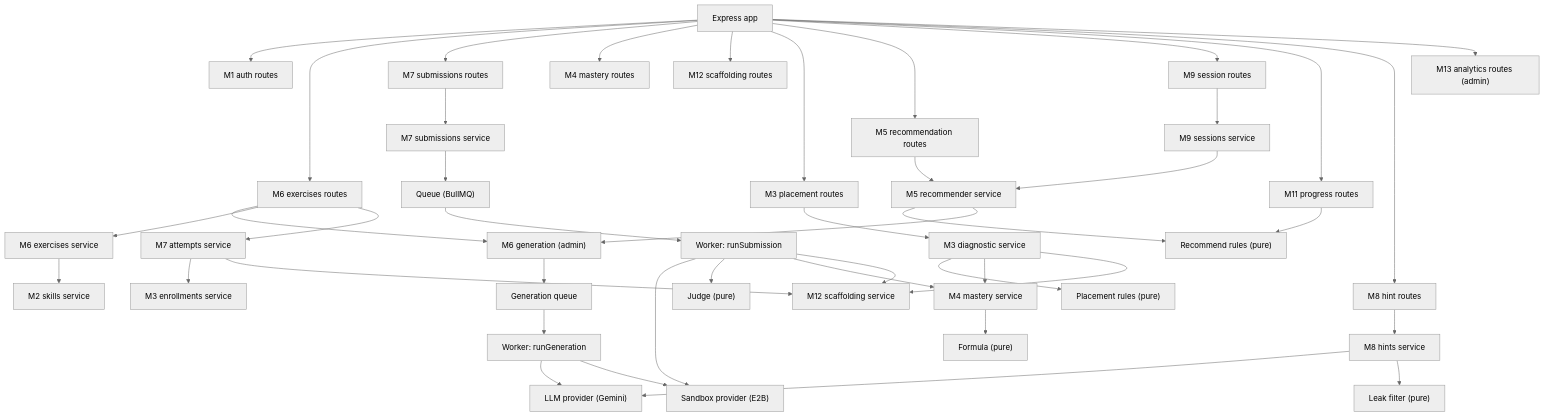
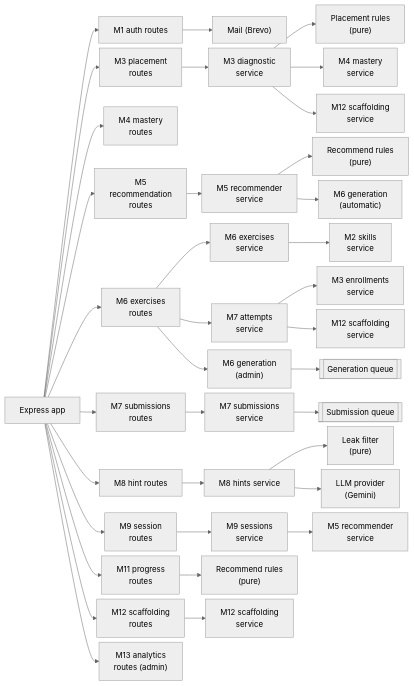
Diagram 22 of 23 in DOCS/phase-3/MP3-Draft-Report.md (Nidanos/ai-tutor-platform), drawn with Mermaid (neutral theme) before and after one commit. The commit also changed other lines of this file and 1 other file, not shown here.

Commit message:
docs: make every Phase 3 report diagram readable in print

````diff
--- a/DOCS/phase-3/MP3-Draft-Report.md
+++ b/DOCS/phase-3/MP3-Draft-Report.md
@@ -1592,30 +1683,33 @@
 ```mermaid
-flowchart TD
-  APP["Express app"] --> AUTH["M1 auth routes"]
-  APP --> EXR["M6 exercises routes"]
-  APP --> SUB["M7 submissions routes"]
-  APP --> MAS["M4 mastery routes"]
-  APP --> FAD["M12 scaffolding routes"]
-  APP --> DIA["M3 placement routes"] --> DS["M3 diagnostic service"] --> PL["Placement rules (pure)"]
-  DS --> MS
-  DS --> FS
-  APP --> REC["M5 recommendation routes"] --> RS["M5 recommender service"] --> RR["Recommend rules (pure)"]
-  APP --> SES["M9 session routes"] --> SV["M9 sessions service"] --> RS
-  APP --> PRG["M11 progress routes"] --> RR
-  APP --> HIN["M8 hint routes"] --> HS["M8 hints service"] --> LLM["LLM provider (Gemini)"]
-  HS --> LF["Leak filter (pure)"]
-  APP --> ANA["M13 analytics routes (admin)"]
-  EXR --> GEN["M6 generation (admin)"] --> GQ["Generation queue"] --> GW["Worker: runGeneration"]
-  GW --> LLM
-  GW --> SP
-  RS --> GEN
-  EXR --> EXS["M6 exercises service"] --> SK["M2 skills service"]
-  EXR --> ATS["M7 attempts service"] --> EN["M3 enrollments service"]
-  ATS --> FS["M12 scaffolding service"]
-  SUB --> SS["M7 submissions service"] --> Q["Queue (BullMQ)"]
-  Q --> W["Worker: runSubmission"]
-  W --> SP["Sandbox provider (E2B)"]
-  W --> J["Judge (pure)"]
-  W --> MS["M4 mastery service"] --> F["Formula (pure)"]
-  W --> FS
+---
+config:
+  flowchart:
+    nodeSpacing: 10
+    rankSpacing: 30
+---
+flowchart LR
+  APP["Express app"]
+  APP --> AUTH["M1 auth routes"] --> ML["Mail (Brevo)"]
+  APP --> DIA["M3 placement<br/>routes"] --> DS["M3 diagnostic<br/>service"]
+  DS --> PL["Placement rules<br/>(pure)"]
+  DS --> MS1["M4 mastery<br/>service"]
+  DS --> FS1["M12 scaffolding<br/>service"]
+  APP --> MAS["M4 mastery<br/>routes"]
+  APP --> REC["M5<br/>recommendation<br/>routes"] --> RS["M5 recommender<br/>service"]
+  RS --> RR["Recommend rules<br/>(pure)"]
+  RS --> GEN2["M6 generation<br/>(automatic)"]
+  APP --> EXR["M6 exercises<br/>routes"]
+  EXR --> EXS["M6 exercises<br/>service"] --> SK["M2 skills<br/>service"]
+  EXR --> ATS["M7 attempts<br/>service"]
+  ATS --> EN["M3 enrollments<br/>service"]
+  ATS --> FS2["M12 scaffolding<br/>service"]
+  EXR --> GEN["M6 generation<br/>(admin)"] --> GQ[["Generation queue"]]
+  APP --> SUB["M7 submissions<br/>routes"] --> SS["M7 submissions<br/>service"] --> Q[["Submission queue"]]
+  APP --> HIN["M8 hint routes"] --> HS["M8 hints service"]
+  HS --> LF["Leak filter<br/>(pure)"]
+  HS --> LLM["LLM provider<br/>(Gemini)"]
+  APP --> SES["M9 session<br/>routes"] --> SV["M9 sessions<br/>service"] --> RS2["M5 recommender<br/>service"]
+  APP --> PRG["M11 progress<br/>routes"] --> RR2["Recommend rules<br/>(pure)"]
+  APP --> FAD["M12 scaffolding<br/>routes"] --> FS3["M12 scaffolding<br/>service"]
+  APP --> ANA["M13 analytics<br/>routes (admin)"]
 ```
````
